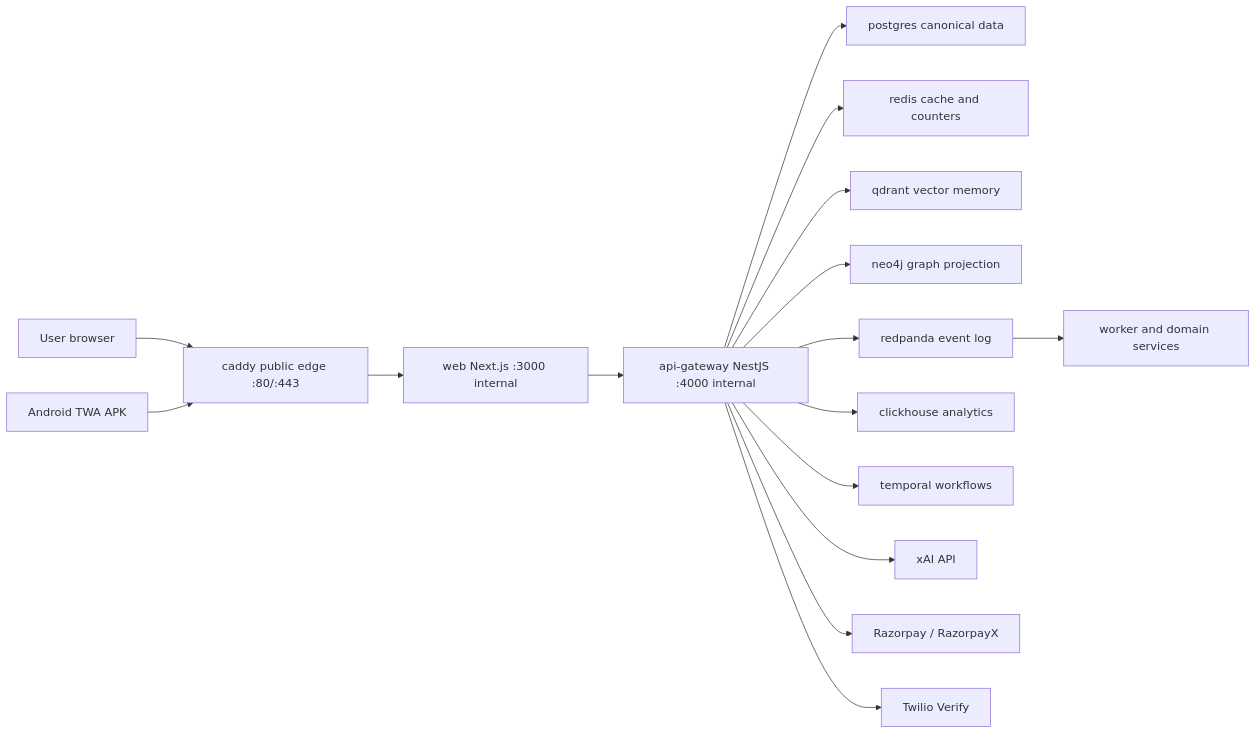
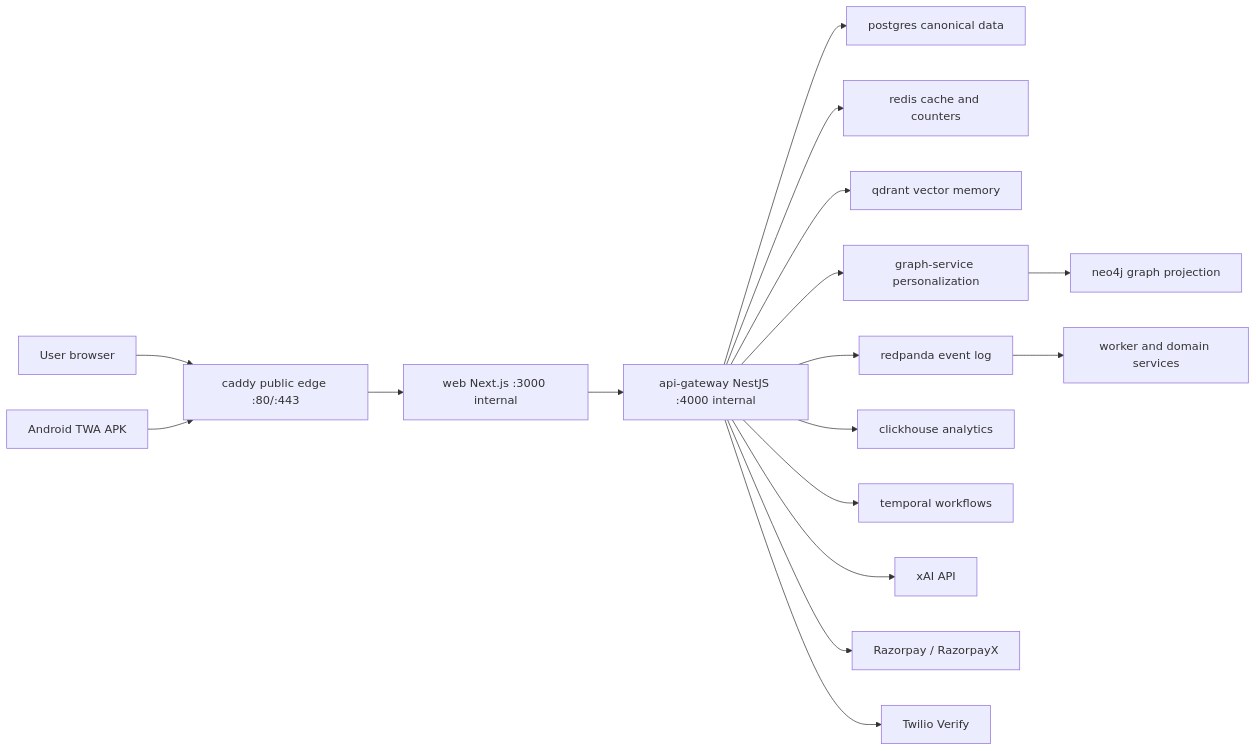
Before and after one commit to Afnanksalal/hana-chat: the diagram in docs/vps-container-map.md, drawn with Mermaid. The commit also changed other lines of this file and 55 other files, not shown here.

````diff
--- a/docs/vps-container-map.md
+++ b/docs/vps-container-map.md
@@ -10,18 +10,19 @@
 ```mermaid
 flowchart LR
   Browser["User browser"] --> Caddy["caddy public edge :80/:443"]
   Apk["Android TWA APK"] --> Caddy
   Caddy --> Web["web Next.js :3000 internal"]
   Web --> Api["api-gateway NestJS :4000 internal"]
   Api --> Pg["postgres canonical data"]
   Api --> Redis["redis cache and counters"]
   Api --> Qdrant["qdrant vector memory"]
-  Api --> Neo4j["neo4j graph projection"]
+  Api --> Graph["graph-service personalization"]
+  Graph --> Neo4j["neo4j graph projection"]
   Api --> Redpanda["redpanda event log"]
   Api --> ClickHouse["clickhouse analytics"]
   Api --> Temporal["temporal workflows"]
   Api --> Xai["xAI API"]
   Api --> Payments["Razorpay / RazorpayX"]
   Api --> Sms["Twilio Verify"]
   Redpanda --> Workers["worker and domain services"]
 ```
````
